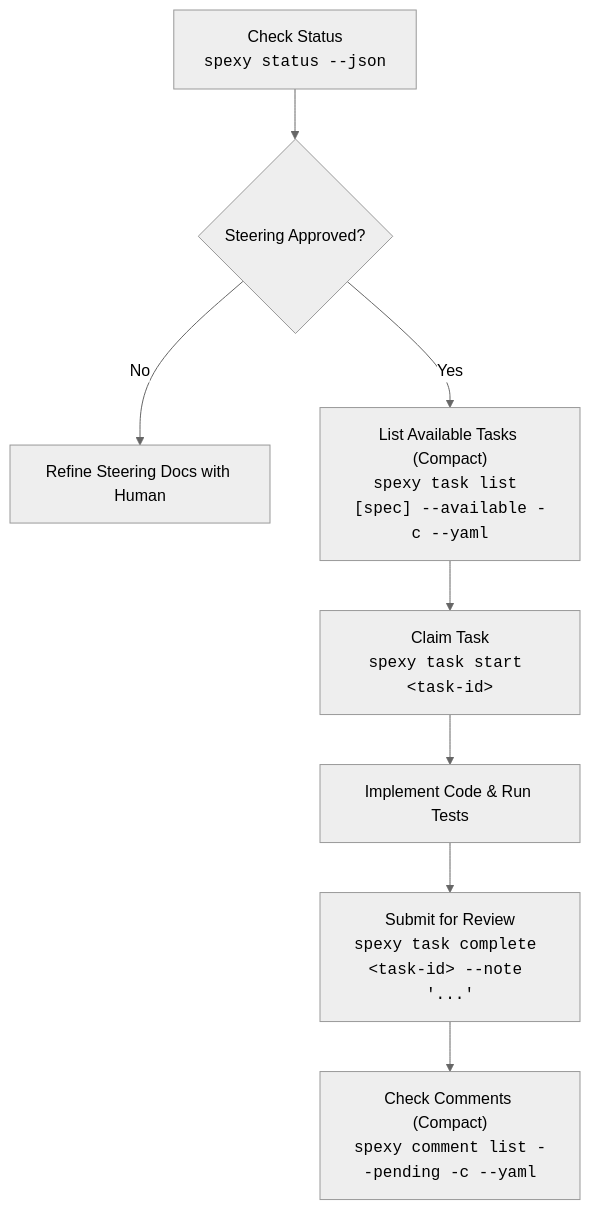
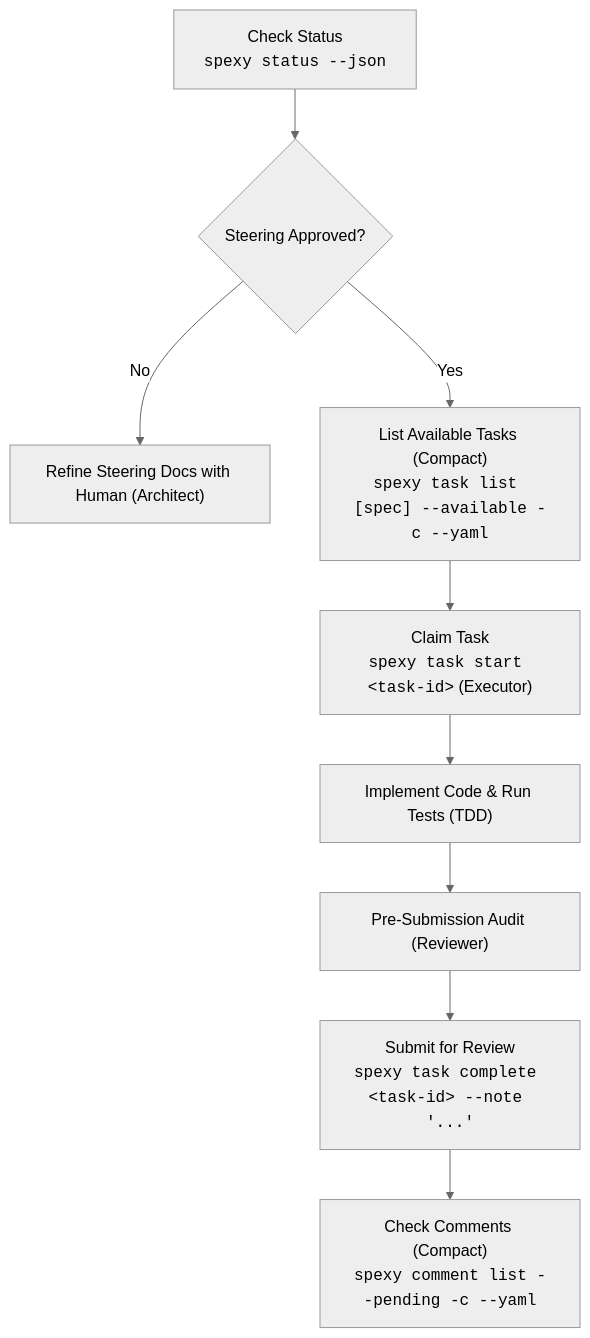
The diagram in skills/spexy/SKILL.md (asaurabhprsas/spexy), drawn with Mermaid (neutral theme) before and after one commit. The commit also changed other lines of this file and 7 other files, not shown here.

````diff
--- a/skills/spexy/SKILL.md
+++ b/skills/spexy/SKILL.md
@@ -38,10 +73,11 @@
 ```mermaid
 flowchart TD
     S["Check Status<br/><code>spexy status --json</code>"] --> G{"Steering Approved?"}
-    G -- No --> D["Refine Steering Docs with Human"]
+    G -- No --> D["Refine Steering Docs with Human (Architect)"]
     G -- Yes --> L["List Available Tasks (Compact)<br/><code>spexy task list [spec] --available -c --yaml</code>"]
-    L --> C["Claim Task<br/><code>spexy task start &lt;task-id&gt;</code>"]
-    C --> I["Implement Code & Run Tests"]
-    I --> Sub["Submit for Review<br/><code>spexy task complete &lt;task-id&gt; --note '...'</code>"]
+    L --> C["Claim Task<br/><code>spexy task start &lt;task-id&gt;</code> (Executor)"]
+    C --> I["Implement Code & Run Tests (TDD)"]
+    I --> Aud["Pre-Submission Audit (Reviewer)"]
+    Aud --> Sub["Submit for Review<br/><code>spexy task complete &lt;task-id&gt; --note '...'</code>"]
     Sub --> Chk["Check Comments (Compact)<br/><code>spexy comment list --pending -c --yaml</code>"]
 ```
````
